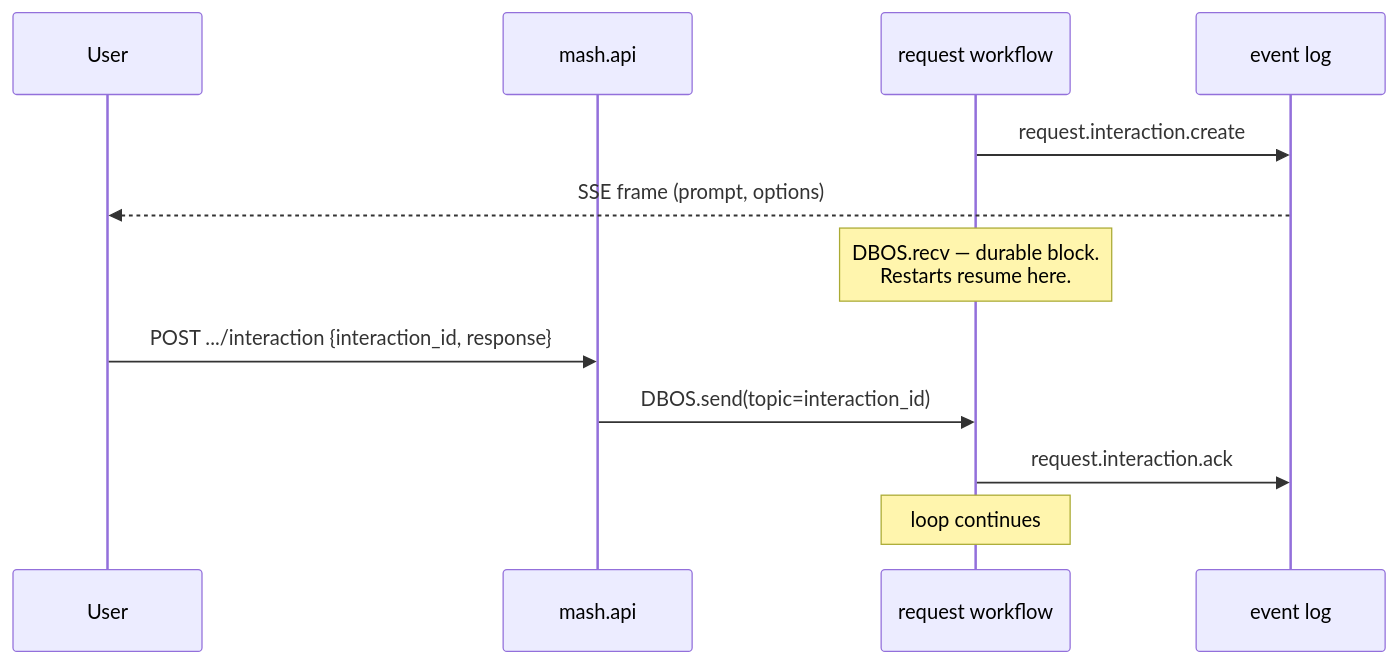
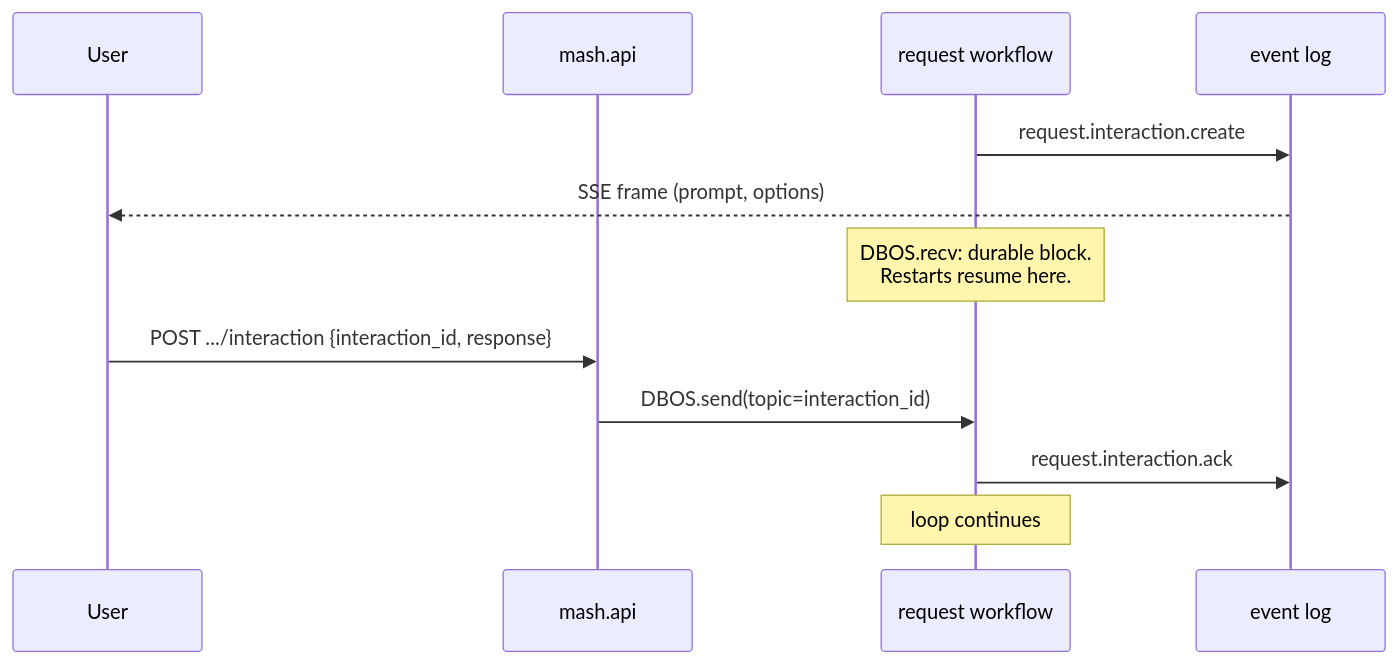
One commit to imsid/mashpy changed the diagram in docs/posts/human-in-the-loop.md. Above: the diagram before and after it, drawn with Mermaid. The commit also changed other lines of this file and 18 other files, not shown here.

````diff
--- a/docs/posts/human-in-the-loop.md
+++ b/docs/posts/human-in-the-loop.md
@@ -134,15 +134,15 @@
 ```mermaid
 sequenceDiagram
     participant User
     participant API as mash.api
     participant WF as request workflow
     participant Log as event log
 
     WF->>Log: request.interaction.create
     Log-->>User: SSE frame (prompt, options)
-    Note over WF: DBOS.recv — durable block.<br/>Restarts resume here.
+    Note over WF: DBOS.recv: durable block.<br/>Restarts resume here.
     User->>API: POST .../interaction {interaction_id, response}
     API->>WF: DBOS.send(topic=interaction_id)
     WF->>Log: request.interaction.ack
     Note over WF: loop continues
 ```
````
